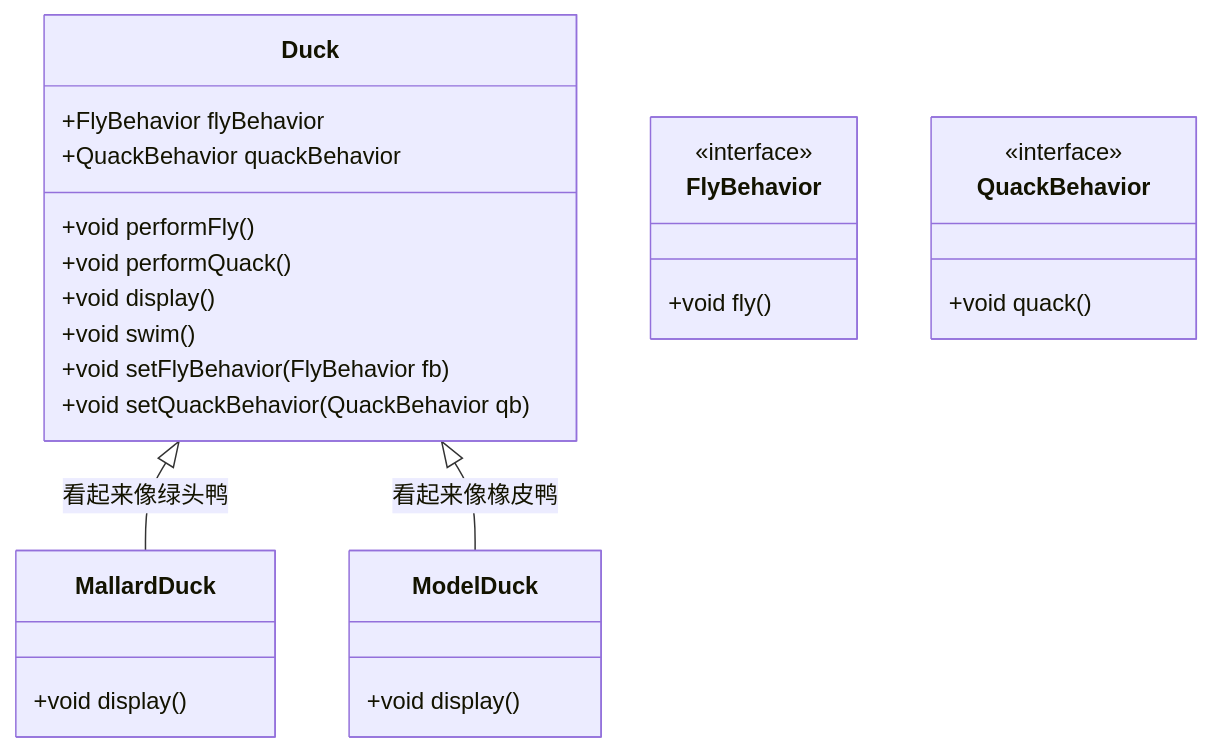
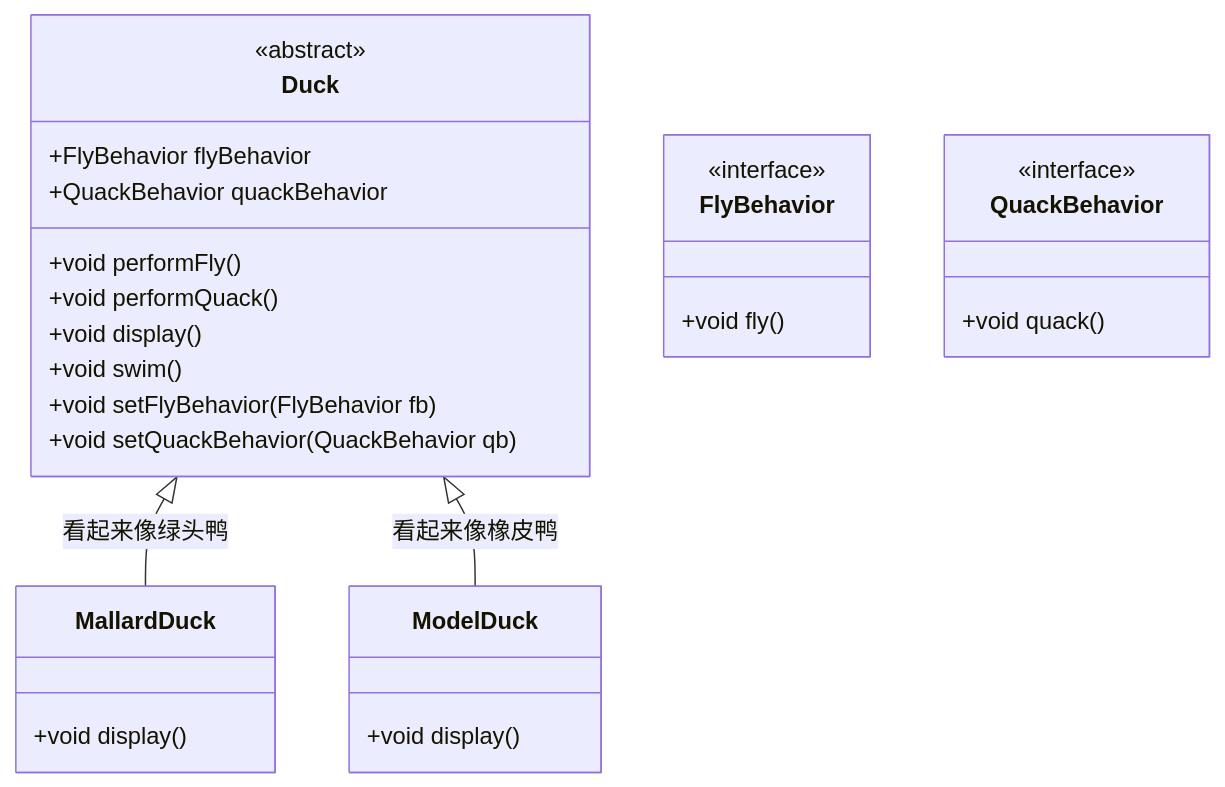
The first of 2 diagrams in 计算机/设计模式/2-3 行为型模式.md (poppop9/obsidian), drawn with Mermaid before and after one commit. The commit also changed 5 other files, not shown here.

````diff
--- a/计算机/设计模式/2-3 行为型模式.md
+++ b/计算机/设计模式/2-3 行为型模式.md
@@ -20,33 +20,34 @@
 ```mermaid
 classDiagram
     class Duck {
-      +FlyBehavior flyBehavior
-      +QuackBehavior quackBehavior
-      +void performFly()
-      +void performQuack()
-      +void display()
-      +void swim()
-      +void setFlyBehavior(FlyBehavior fb)
-      +void setQuackBehavior(QuackBehavior qb)
+		<<abstract>>
+		+FlyBehavior flyBehavior
+		+QuackBehavior quackBehavior
+		+void performFly()
+		+void performQuack()
+		+void display()
+		+void swim()
+		+void setFlyBehavior(FlyBehavior fb)
+		+void setQuackBehavior(QuackBehavior qb)
     }
     
     class MallardDuck {
         +void display()
     }
     class ModelDuck {
         +void display()
     }
     
     Duck <|-- MallardDuck : 看起来像绿头鸭
     Duck <|-- ModelDuck : 看起来像橡皮鸭
 
 
 	class FlyBehavior {
 		<<interface>>
         +void fly()
     }
     class QuackBehavior {
 	    <<interface>>
         +void quack()
     }
 ```
````
